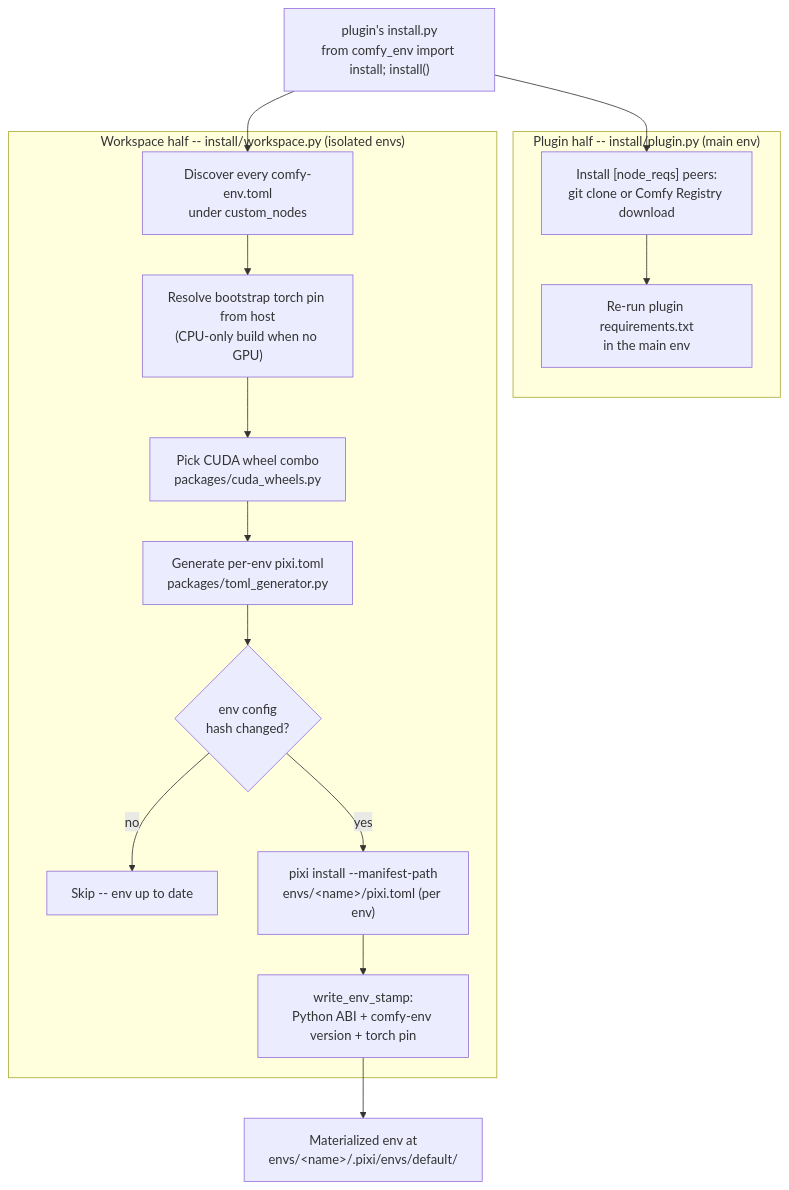
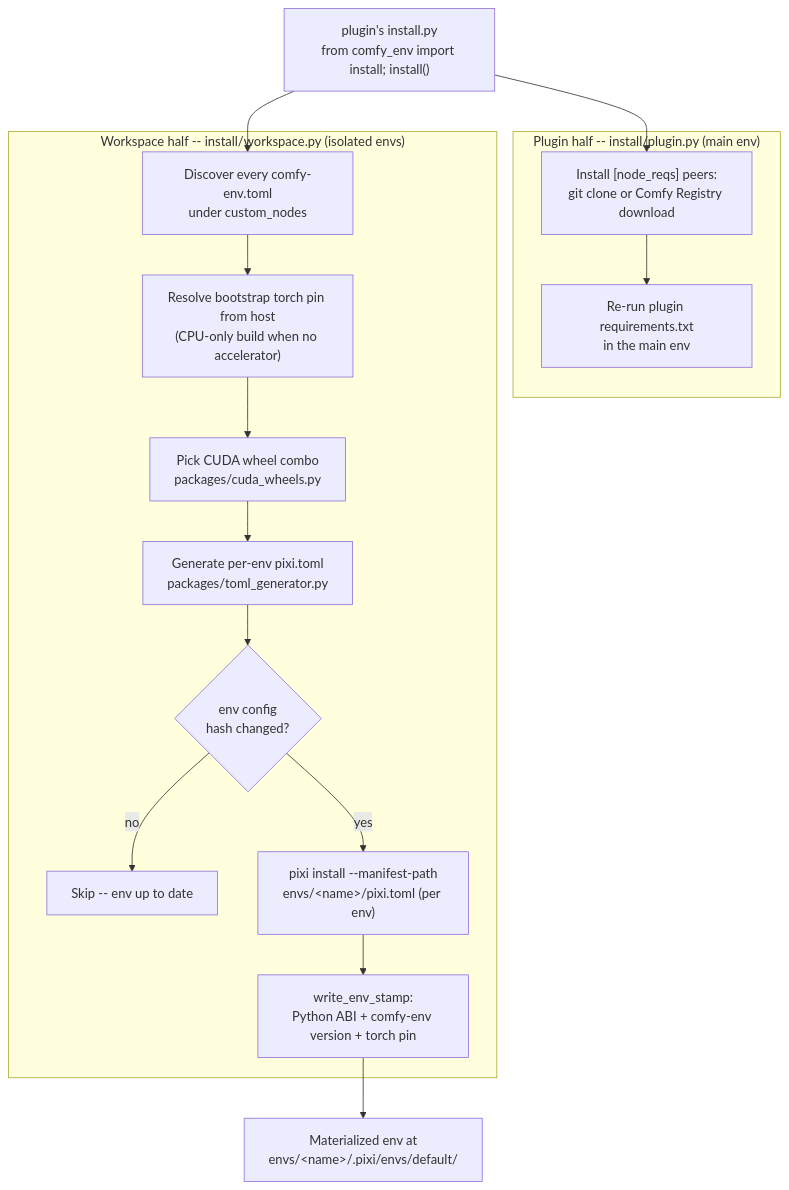
The third of 4 diagrams in docs/comfy-env/index.md (Comfy-Forge/comfy-forge-docs), drawn with Mermaid before and after one commit. The commit also changed other lines of this file and 9 other files, not shown here.

````diff
--- a/docs/comfy-env/index.md
+++ b/docs/comfy-env/index.md
@@ -437,24 +434,24 @@
 ```mermaid
 flowchart TD
     entry["plugin's install.py<br/>from comfy_env import install; install()"]
     entry --> plugin
     entry --> discover
 
     subgraph plughalf["Plugin half -- install/plugin.py (main env)"]
         plugin["Install [node_reqs] peers:<br/>git clone or Comfy Registry download"]
         plugin --> reqs["Re-run plugin requirements.txt<br/>in the main env"]
     end
 
     subgraph wshalf["Workspace half -- install/workspace.py (isolated envs)"]
         discover["Discover every comfy-env.toml<br/>under custom_nodes"]
-        discover --> torchpin["Resolve bootstrap torch pin from host<br/>(CPU-only build when no GPU)"]
+        discover --> torchpin["Resolve bootstrap torch pin from host<br/>(CPU-only build when no accelerator)"]
         torchpin --> combo["Pick CUDA wheel combo<br/>packages/cuda_wheels.py"]
         combo --> gen["Generate per-env pixi.toml<br/>packages/toml_generator.py"]
         gen --> hash{"env config<br/>hash changed?"}
         hash -->|"no"| skip["Skip -- env up to date"]
         hash -->|"yes"| pinstall["pixi install --manifest-path<br/>envs/&lt;name&gt;/pixi.toml (per env)"]
         pinstall --> stamp["write_env_stamp:<br/>Python ABI + comfy-env version + torch pin"]
     end
 
     stamp --> done["Materialized env at<br/>envs/&lt;name&gt;/.pixi/envs/default/"]
 ```
````
